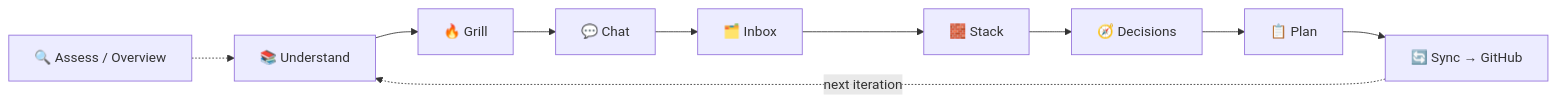
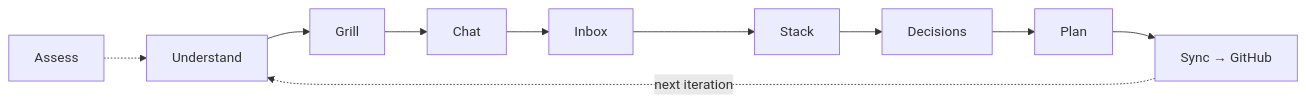
Before and after one commit to hotredsam/Review-Helper: the first of 3 diagrams in README.md, drawn with Mermaid. The commit also changed other lines of this file and 10 other files, not shown here.

````diff
--- a/README.md
+++ b/README.md
@@ -83,7 +55,7 @@
 ```mermaid
 flowchart LR
-    U["📚 Understand"] --> G["🔥 Grill"] --> C["💬 Chat"] --> I["🗂️ Inbox"]
-    I --> S["🧱 Stack"] --> D["🧭 Decisions"] --> P["📋 Plan"] --> Y["🔄 Sync → GitHub"]
-    A["🔍 Assess / Overview"] -.-> U
+    U["Understand"] --> G["Grill"] --> C["Chat"] --> I["Inbox"]
+    I --> S["Stack"] --> D["Decisions"] --> P["Plan"] --> Y["Sync → GitHub"]
+    A["Assess"] -.-> U
     Y -.->|next iteration| U
 ```
````
